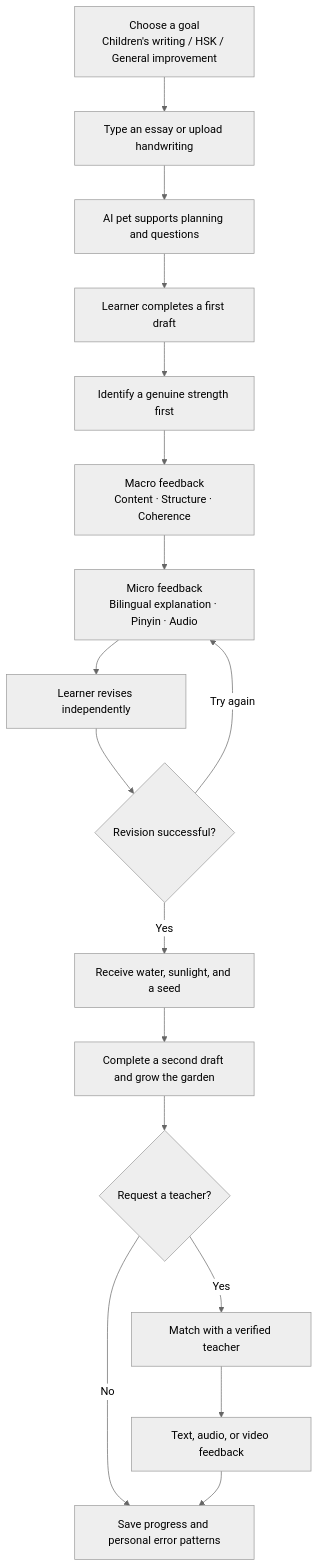
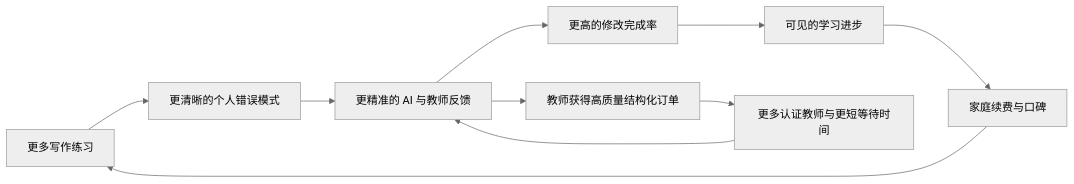
Before and after one commit to gracetang0925/hongbi: the third of 4 diagrams in README.md, drawn with Mermaid (neutral theme). The commit also changed other lines of this file, not shown here.

First line of the commit message:
Document teacher eligibility and HongBi business model

````diff
--- a/README.md
+++ b/README.md
@@ -239,19 +170,12 @@
 ```mermaid
-flowchart TD
-    A["Choose a goal<br/>Children's writing / HSK / General improvement"] --> B["Type an essay or upload handwriting"]
-    B --> C["AI pet supports planning and questions"]
-    C --> D["Learner completes a first draft"]
-    D --> E["Identify a genuine strength first"]
-    E --> F["Macro feedback<br/>Content · Structure · Coherence"]
-    F --> G["Micro feedback<br/>Bilingual explanation · Pinyin · Audio"]
-    G --> H["Learner revises independently"]
-    H --> I{"Revision successful?"}
-    I -- "Try again" --> G
-    I -- "Yes" --> J["Receive water, sunlight, and a seed"]
-    J --> K["Complete a second draft and grow the garden"]
-    K --> L{"Request a teacher?"}
-    L -- "No" --> M["Save progress and personal error patterns"]
-    L -- "Yes" --> N["Match with a verified teacher"]
-    N --> O["Text, audio, or video feedback"]
-    O --> M
+flowchart LR
+    A["更多写作练习"] --> B["更清晰的个人错误模式"]
+    B --> C["更精准的 AI 与教师反馈"]
+    C --> D["更高的修改完成率"]
+    D --> E["可见的学习进步"]
+    E --> F["家庭续费与口碑"]
+    F --> A
+    C --> G["教师获得高质量结构化订单"]
+    G --> H["更多认证教师与更短等待时间"]
+    H --> C
 ```
````
